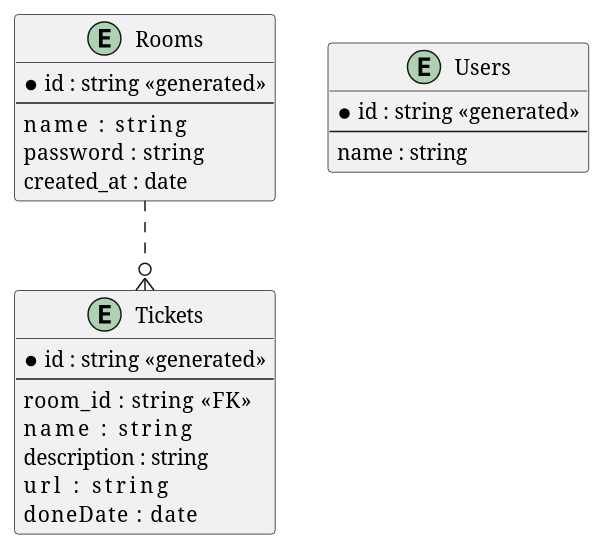
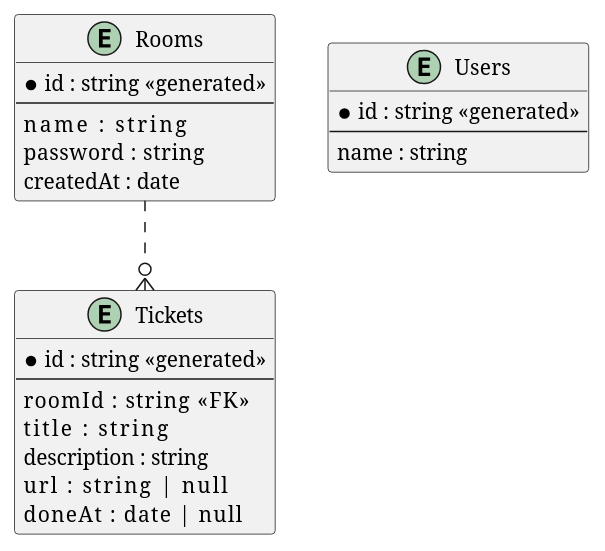
One commit to RyutaKojima/need-done-list changed the diagram in .documents/DataStructures.puml. Above: the diagram before and after it, drawn with PlantUML. The commit also changed 3 other files, not shown here.

```diff
--- a/.documents/DataStructures.puml
+++ b/.documents/DataStructures.puml
@@ -1,27 +1,27 @@
 @startuml
 entity "Rooms" {
     * id : string <<generated>>
     --
     name       : string
     password   : string
-    created_at : date
+    createdAt : date
 }
 
 entity "Users" {
     * id : string <<generated>>
     --
     name : string
 }
 
 entity "Tickets" {
     * id : string <<generated>>
     --
-    room_id     : string <<FK>>
-    name        : string
+    roomId      : string <<FK>>
+    title       : string
     description : string
-    url         : string
-    doneDate    : date
+    url         : string | null
+    doneAt      : date | null
 }
 
 Rooms ..o{ Tickets
 @enduml
```
